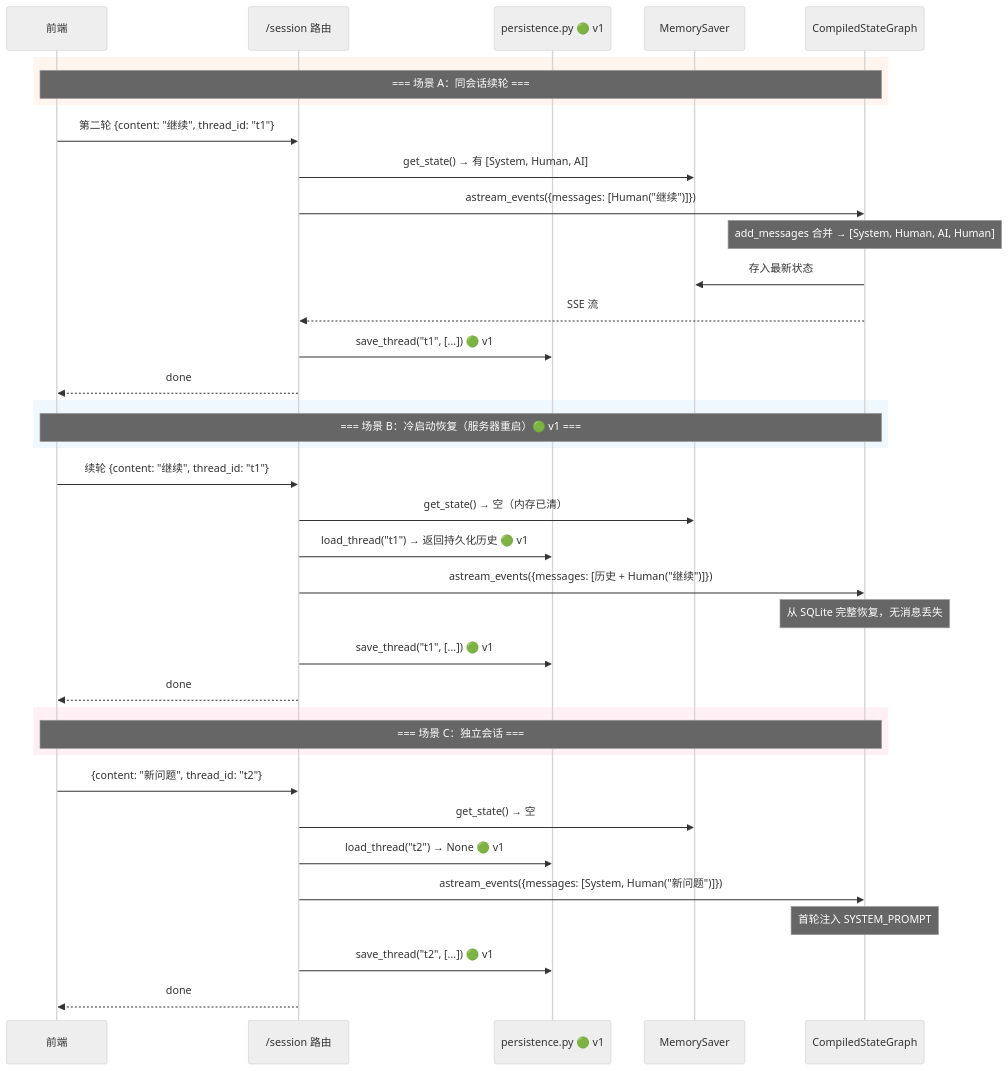
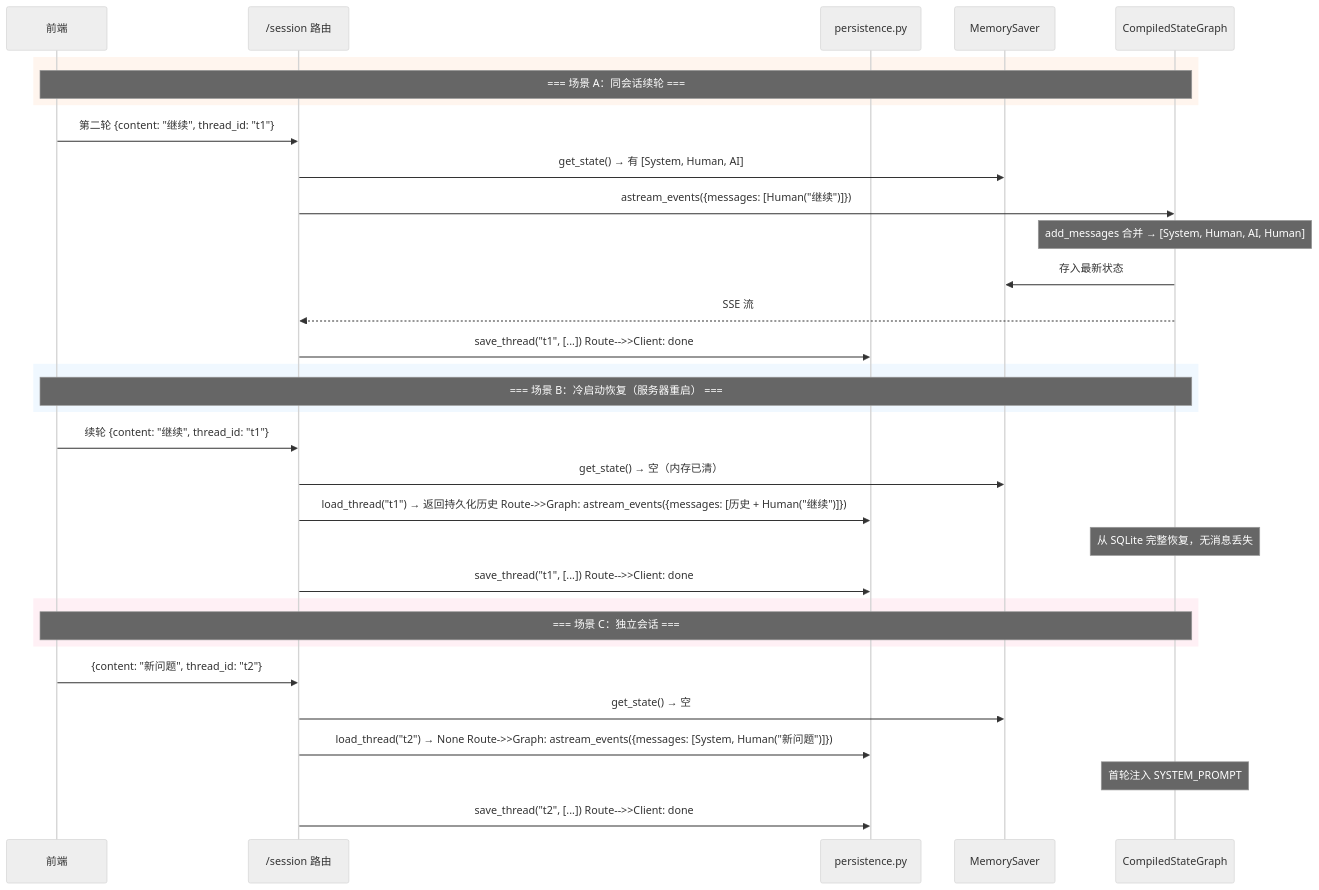
Before and after one commit to wuLa0702/llm_wiki_selfbuild: the fifth of 10 diagrams in docs/agent-architecture-diagrams.md, drawn with Mermaid (neutral theme). The commit also changed other lines of this file and 10 other files, not shown here.

````diff
--- a/docs/agent-architecture-diagrams.md
+++ b/docs/agent-architecture-diagrams.md
@@ -236,42 +300,37 @@
 ```mermaid
 sequenceDiagram
     participant Client as 前端
     participant Route as /session 路由
-    participant Persist as persistence.py 🟢 v1
+    participant Persist as persistence.py
     participant Mem as MemorySaver
     participant Graph as CompiledStateGraph
 
     rect rgb(255, 245, 238)
         Note over Client,Graph: === 场景 A：同会话续轮 ===
     end
     Client->>Route: 第二轮 {content: "继续", thread_id: "t1"}
     Route->>Mem: get_state() → 有 [System, Human, AI]
     Route->>Graph: astream_events({messages: [Human("继续")]})
     Note over Graph: add_messages 合并 → [System, Human, AI, Human]
     Graph->>Mem: 存入最新状态
     Graph-->>Route: SSE 流
-    Route->>Persist: save_thread("t1", [...]) 🟢 v1
-    Route-->>Client: done
+    Route->>Persist: save_thread("t1", [...])    Route-->>Client: done
 
     rect rgb(240, 248, 255)
-        Note over Client,Graph: === 场景 B：冷启动恢复（服务器重启）🟢 v1 ===
+        Note over Client,Graph: === 场景 B：冷启动恢复（服务器重启） ===
     end
     Client->>Route: 续轮 {content: "继续", thread_id: "t1"}
     Route->>Mem: get_state() → 空（内存已清）
-    Route->>Persist: load_thread("t1") → 返回持久化历史 🟢 v1
-    Route->>Graph: astream_events({messages: [历史 + Human("继续")]})
+    Route->>Persist: load_thread("t1") → 返回持久化历史    Route->>Graph: astream_events({messages: [历史 + Human("继续")]})
     Note over Graph: 从 SQLite 完整恢复，无消息丢失
-    Route->>Persist: save_thread("t1", [...]) 🟢 v1
-    Route-->>Client: done
+    Route->>Persist: save_thread("t1", [...])    Route-->>Client: done
 
     rect rgb(255, 240, 245)
         Note over Client,Graph: === 场景 C：独立会话 ===
     end
     Client->>Route: {content: "新问题", thread_id: "t2"}
     Route->>Mem: get_state() → 空
-    Route->>Persist: load_thread("t2") → None 🟢 v1
-    Route->>Graph: astream_events({messages: [System, Human("新问题")]})
+    Route->>Persist: load_thread("t2") → None    Route->>Graph: astream_events({messages: [System, Human("新问题")]})
     Note over Graph: 首轮注入 SYSTEM_PROMPT
-    Route->>Persist: save_thread("t2", [...]) 🟢 v1
-    Route-->>Client: done
+    Route->>Persist: save_thread("t2", [...])    Route-->>Client: done
 ```
````
